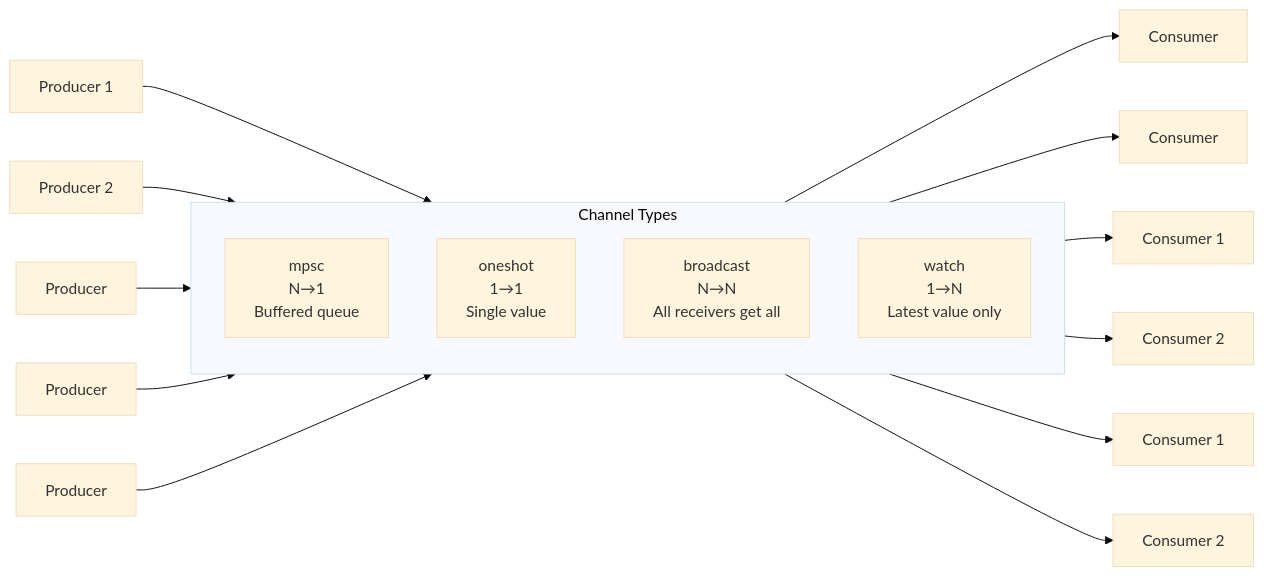
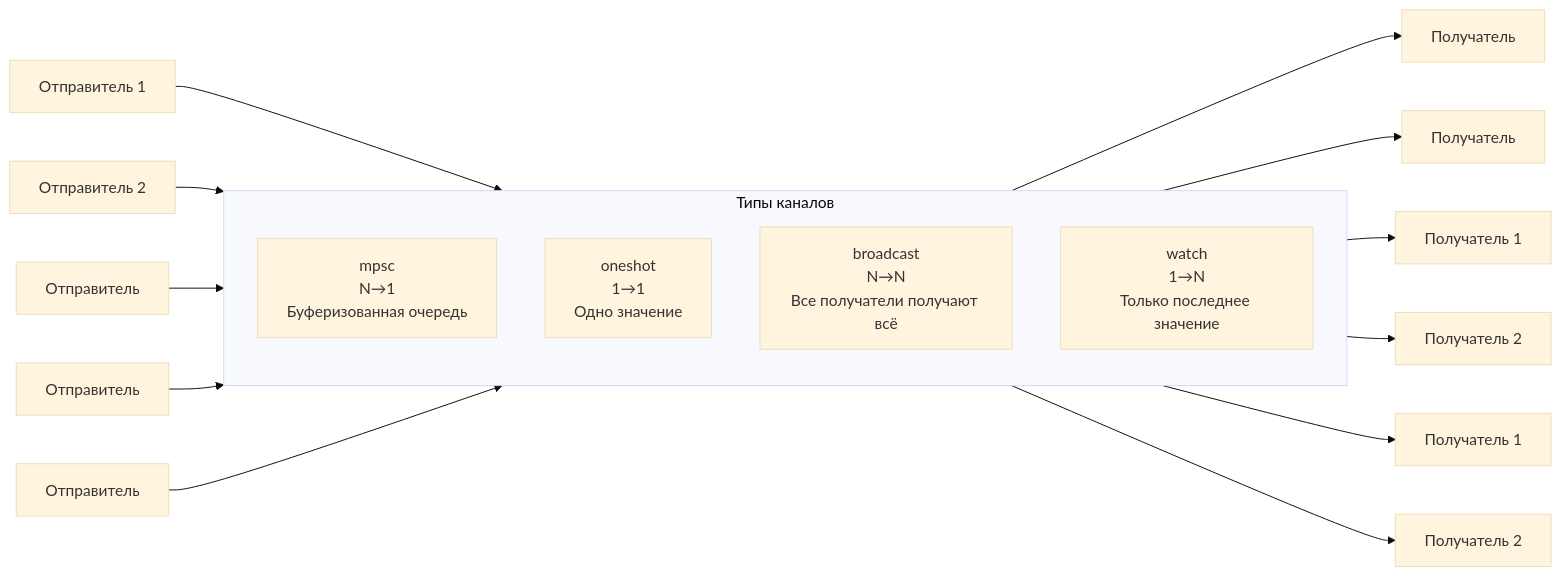
One commit to r007/RustTraining-Rus changed the second of 3 diagrams in async-book/src/ch08-tokio-deep-dive.md. Above: the diagram before and after it, drawn with Mermaid (base theme). The commit also changed other lines of this file and 10 other files, not shown here.

````diff
--- a/async-book/src/ch08-tokio-deep-dive.md
+++ b/async-book/src/ch08-tokio-deep-dive.md
@@ -192,25 +192,25 @@
 ```mermaid
 graph LR
-    subgraph "Channel Types"
+    subgraph "Типы каналов"
         direction TB
-        MPSC["mpsc<br/>N→1<br/>Buffered queue"]
-        ONESHOT["oneshot<br/>1→1<br/>Single value"]
-        BROADCAST["broadcast<br/>N→N<br/>All receivers get all"]
-        WATCH["watch<br/>1→N<br/>Latest value only"]
+        MPSC["mpsc<br/>N→1<br/>Буферизованная очередь"]
+        ONESHOT["oneshot<br/>1→1<br/>Одно значение"]
+        BROADCAST["broadcast<br/>N→N<br/>Все получатели получают всё"]
+        WATCH["watch<br/>1→N<br/>Только последнее значение"]
     end
 
-    P1["Producer 1"] --> MPSC
-    P2["Producer 2"] --> MPSC
-    MPSC --> C1["Consumer"]
+    P1["Отправитель 1"] --> MPSC
+    P2["Отправитель 2"] --> MPSC
+    MPSC --> C1["Получатель"]
 
-    P3["Producer"] --> ONESHOT
-    ONESHOT --> C2["Consumer"]
+    P3["Отправитель"] --> ONESHOT
+    ONESHOT --> C2["Получатель"]
 
-    P4["Producer"] --> BROADCAST
-    BROADCAST --> C3["Consumer 1"]
-    BROADCAST --> C4["Consumer 2"]
+    P4["Отправитель"] --> BROADCAST
+    BROADCAST --> C3["Получатель 1"]
+    BROADCAST --> C4["Получатель 2"]
 
-    P5["Producer"] --> WATCH
-    WATCH --> C5["Consumer 1"]
-    WATCH --> C6["Consumer 2"]
+    P5["Отправитель"] --> WATCH
+    WATCH --> C5["Получатель 1"]
+    WATCH --> C6["Получатель 2"]
 ```
````
